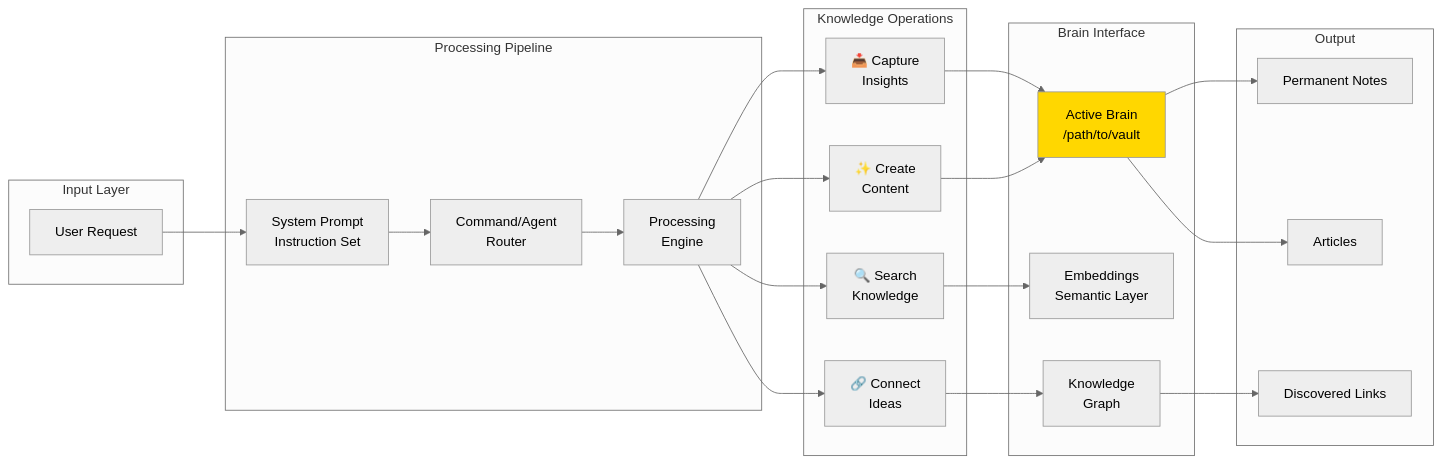
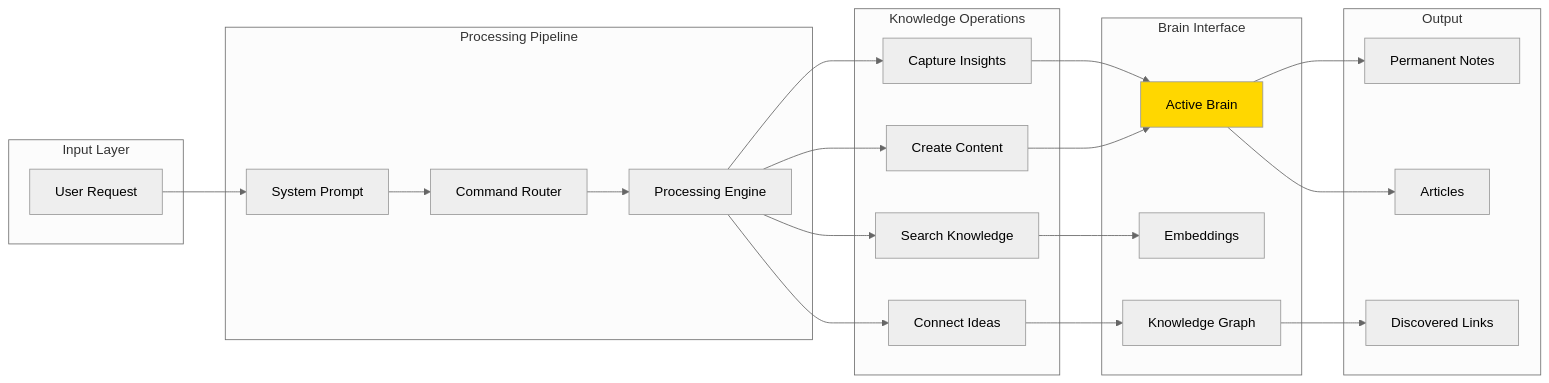
The second of 3 diagrams in README.md (vybe/project_cornelius), drawn with Mermaid (neutral theme) before and after one commit. The commit also changed other lines of this file, not shown here.

First line of the commit message:
Fix Mermaid diagrams for GitHub compatibility

````diff
--- a/README.md
+++ b/README.md
@@ -84,51 +84,51 @@
 ```mermaid
 graph LR
     subgraph "Input Layer"
         INPUT[User Request]
     end
 
     subgraph "Processing Pipeline"
-        CLAUDE_PROMPT[System Prompt<br/>Instruction Set]
-        ROUTER[Command/Agent<br/>Router]
-        PROCESS[Processing<br/>Engine]
+        CLAUDE_PROMPT[System Prompt]
+        ROUTER[Command Router]
+        PROCESS[Processing Engine]
     end
 
     subgraph "Knowledge Operations"
-        CAPTURE[📥 Capture<br/>Insights]
-        CONNECT[🔗 Connect<br/>Ideas]
-        CREATE[✨ Create<br/>Content]
-        SEARCH[🔍 Search<br/>Knowledge]
+        CAPTURE[Capture Insights]
+        CONNECT[Connect Ideas]
+        CREATE[Create Content]
+        SEARCH[Search Knowledge]
     end
 
     subgraph "Brain Interface"
-        VAULT[Active Brain<br/>/path/to/vault]
-        EMBED[Embeddings<br/>Semantic Layer]
-        GRAPH[Knowledge<br/>Graph]
+        VAULT[Active Brain]
+        EMBED[Embeddings]
+        GRAPH[Knowledge Graph]
     end
 
     subgraph "Output"
         NOTES[Permanent Notes]
         ARTICLES[Articles]
         CONNECTIONS[Discovered Links]
     end
 
     INPUT --> CLAUDE_PROMPT
     CLAUDE_PROMPT --> ROUTER
     ROUTER --> PROCESS
 
     PROCESS --> CAPTURE
     PROCESS --> CONNECT
     PROCESS --> CREATE
     PROCESS --> SEARCH
 
     CAPTURE --> VAULT
     CONNECT --> GRAPH
     CREATE --> VAULT
     SEARCH --> EMBED
 
     VAULT --> NOTES
     GRAPH --> CONNECTIONS
     VAULT --> ARTICLES
 
     style VAULT fill:#ffd700
 ```
````
